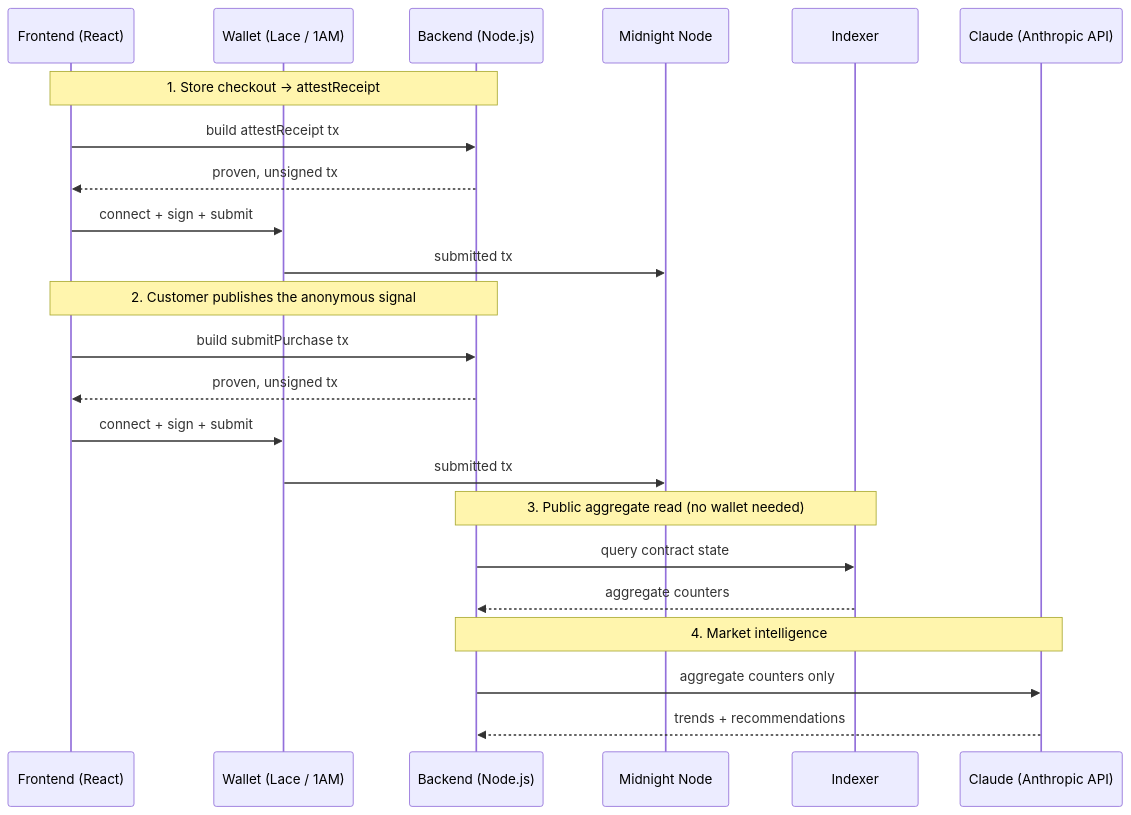
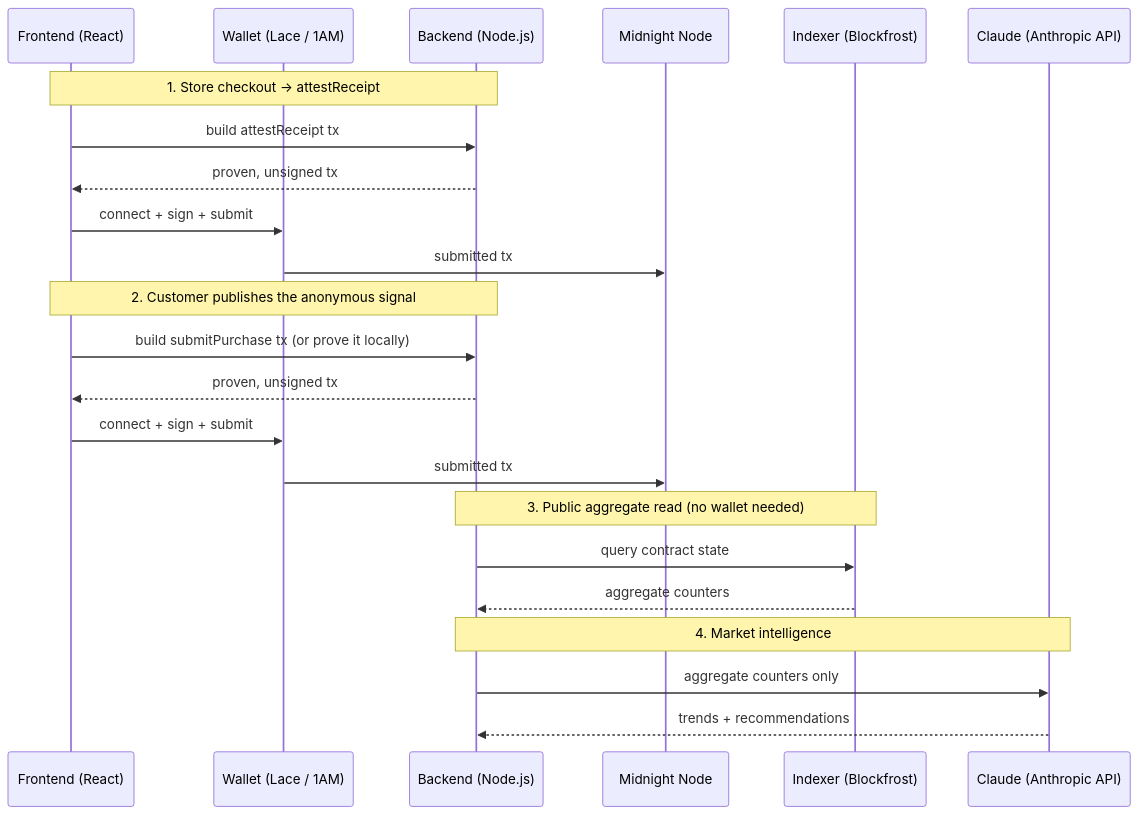
One commit to Leyenda95/aegisProject changed the diagram in README.md. Above: the diagram before and after it, drawn with Mermaid. The commit also changed other lines of this file and 12 other files, not shown here.

````diff
--- a/README.md
+++ b/README.md
@@ -61,29 +84,29 @@
 ```mermaid
 sequenceDiagram
     participant FE as Frontend (React)
     participant W as Wallet (Lace / 1AM)
     participant BE as Backend (Node.js)
     participant MN as Midnight Node
-    participant IX as Indexer
+    participant IX as Indexer (Blockfrost)
     participant AI as Claude (Anthropic API)
 
     Note over FE,BE: 1. Store checkout -> attestReceipt
     FE->>BE: build attestReceipt tx
     BE-->>FE: proven, unsigned tx
     FE->>W: connect + sign + submit
     W->>MN: submitted tx
 
     Note over FE,BE: 2. Customer publishes the anonymous signal
-    FE->>BE: build submitPurchase tx
+    FE->>BE: build submitPurchase tx (or prove it locally)
     BE-->>FE: proven, unsigned tx
     FE->>W: connect + sign + submit
     W->>MN: submitted tx
 
     Note over BE,IX: 3. Public aggregate read (no wallet needed)
     BE->>IX: query contract state
     IX-->>BE: aggregate counters
 
     Note over BE,AI: 4. Market intelligence
     BE->>AI: aggregate counters only
     AI-->>BE: trends + recommendations
 ```
````
